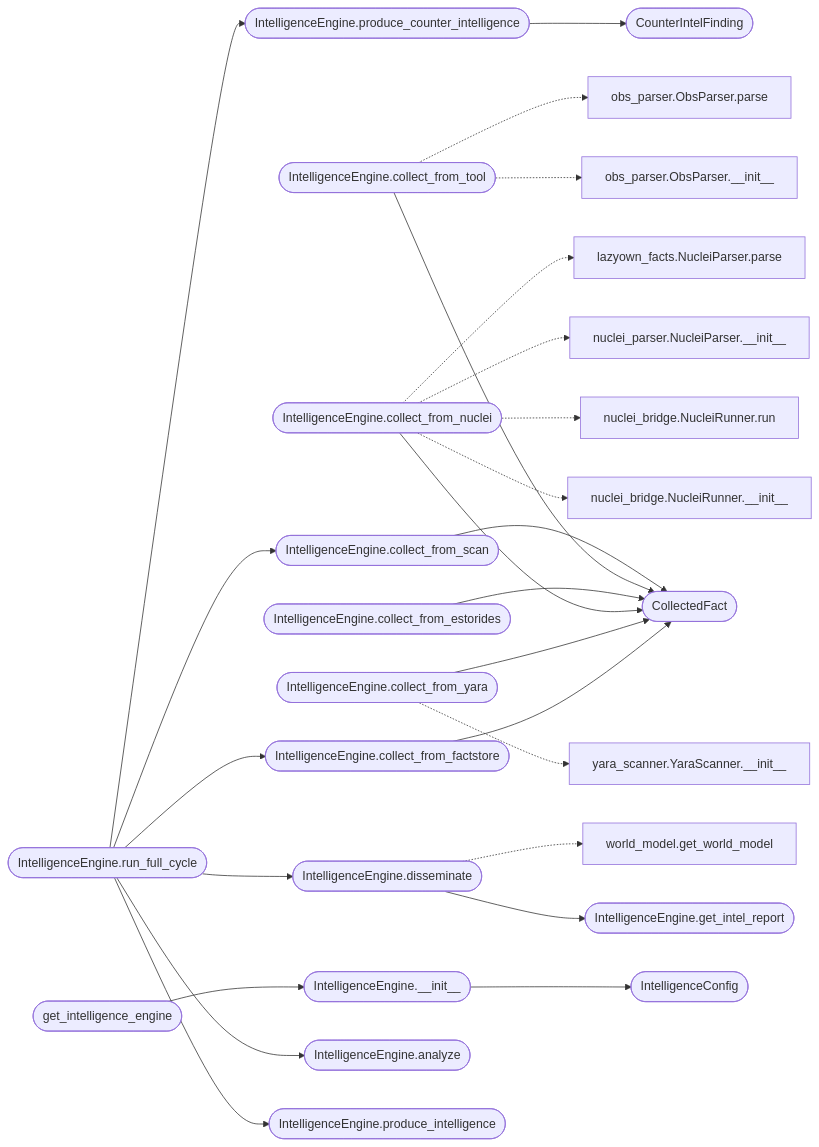
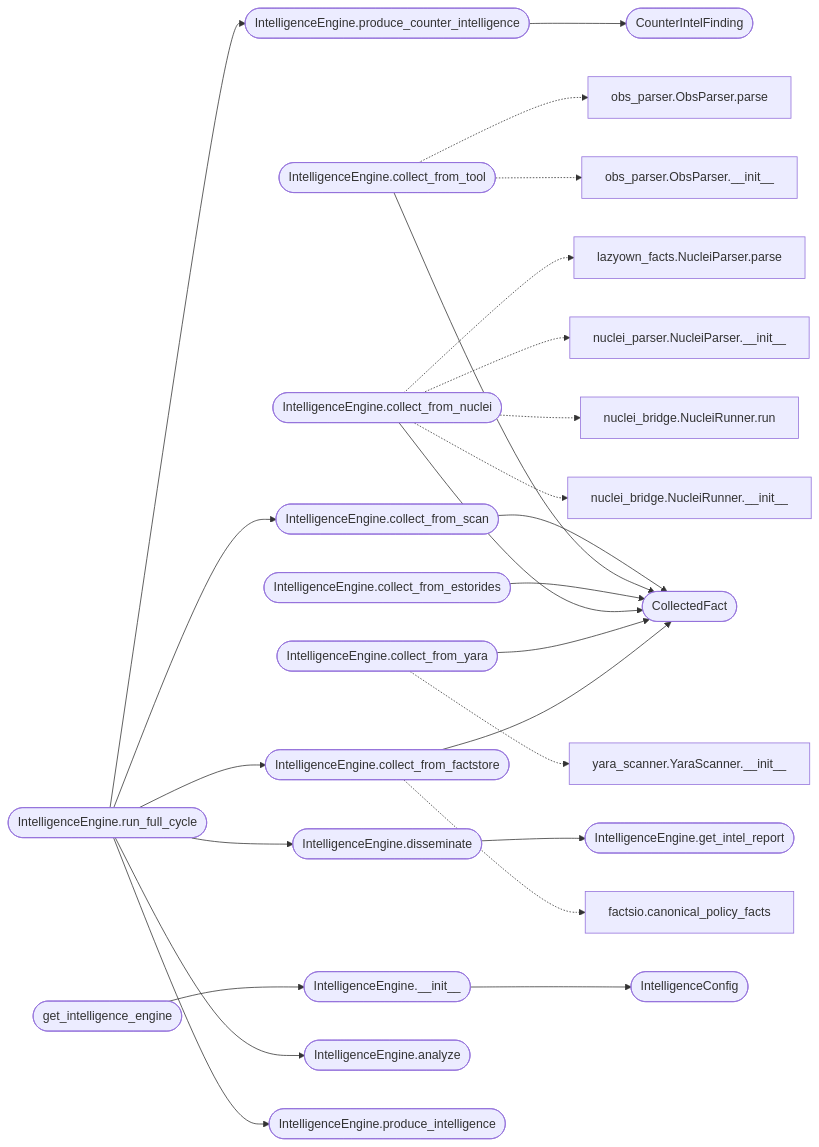
Before and after one commit to grisuno/LazyOwn: the second of 2 diagrams in readmenator-apidocs/modules/modules.intelligence_engine.py.md, drawn with Mermaid. The commit also changed other lines of this file and 496 other files, not shown here.

First line of the commit message:
test: A mediator architecture is implemented with a safety harness inspired by Apollo 11.

````diff
--- a/readmenator-apidocs/modules/modules.intelligence_engine.py.md
+++ b/readmenator-apidocs/modules/modules.intelligence_engine.py.md
@@ -110,52 +110,52 @@
 ```mermaid
 flowchart LR
     n_modules_intelligence_engine_py__IntelligenceEngine___init__(["IntelligenceEngine.__init__"])
     n_modules_intelligence_engine_py__IntelligenceConfig(["IntelligenceConfig"])
     n_modules_intelligence_engine_py__IntelligenceEngine_collect_from_scan(["IntelligenceEngine.collect_from_scan"])
     n_modules_intelligence_engine_py__CollectedFact(["CollectedFact"])
     n_modules_intelligence_engine_py__IntelligenceEngine_collect_from_tool(["IntelligenceEngine.collect_from_tool"])
     n_modules_intelligence_engine_py__IntelligenceEngine_collect_from_estorides(["IntelligenceEngine.collect_from_estorides"])
     n_modules_intelligence_engine_py__IntelligenceEngine_collect_from_nuclei(["IntelligenceEngine.collect_from_nuclei"])
     n_modules_intelligence_engine_py__IntelligenceEngine_collect_from_yara(["IntelligenceEngine.collect_from_yara"])
     n_modules_intelligence_engine_py__IntelligenceEngine_collect_from_factstore(["IntelligenceEngine.collect_from_factstore"])
     n_modules_intelligence_engine_py__IntelligenceEngine_produce_counter_intelligence(["IntelligenceEngine.produce_counter_intelligence"])
     n_modules_intelligence_engine_py__CounterIntelFinding(["CounterIntelFinding"])
     n_modules_intelligence_engine_py__IntelligenceEngine_disseminate(["IntelligenceEngine.disseminate"])
     n_modules_intelligence_engine_py__IntelligenceEngine_get_intel_report(["IntelligenceEngine.get_intel_report"])
     n_modules_intelligence_engine_py__IntelligenceEngine_run_full_cycle(["IntelligenceEngine.run_full_cycle"])
     n_modules_intelligence_engine_py__IntelligenceEngine_analyze(["IntelligenceEngine.analyze"])
     n_modules_intelligence_engine_py__IntelligenceEngine_produce_intelligence(["IntelligenceEngine.produce_intelligence"])
     n_modules_intelligence_engine_py__get_intelligence_engine(["get_intelligence_engine"])
     n_modules_obs_parser_py__ObsParser___init__["obs_parser.ObsParser.__init__"]
     n_modules_obs_parser_py__ObsParser_parse["obs_parser.ObsParser.parse"]
     n_modules_integrations_nuclei_bridge_py__NucleiRunner___init__["nuclei_bridge.NucleiRunner.__init__"]
     n_modules_integrations_nuclei_bridge_py__NucleiRunner_run["nuclei_bridge.NucleiRunner.run"]
     n_modules_integrations_nuclei_parser_py__NucleiParser___init__["nuclei_parser.NucleiParser.__init__"]
     n_skills_lazyown_facts_py__NucleiParser_parse["lazyown_facts.NucleiParser.parse"]
     n_modules_yara_scanner_py__YaraScanner___init__["yara_scanner.YaraScanner.__init__"]
-    n_modules_world_model_py__get_world_model["world_model.get_world_model"]
+    n_modules_factsio_py__canonical_policy_facts["factsio.canonical_policy_facts"]
     n_modules_intelligence_engine_py__IntelligenceEngine___init__ --> n_modules_intelligence_engine_py__IntelligenceConfig
     n_modules_intelligence_engine_py__IntelligenceEngine_collect_from_scan --> n_modules_intelligence_engine_py__CollectedFact
     n_modules_intelligence_engine_py__IntelligenceEngine_collect_from_tool --> n_modules_intelligence_engine_py__CollectedFact
     n_modules_intelligence_engine_py__IntelligenceEngine_collect_from_estorides --> n_modules_intelligence_engine_py__CollectedFact
     n_modules_intelligence_engine_py__IntelligenceEngine_collect_from_nuclei --> n_modules_intelligence_engine_py__CollectedFact
     n_modules_intelligence_engine_py__IntelligenceEngine_collect_from_yara --> n_modules_intelligence_engine_py__CollectedFact
     n_modules_intelligence_engine_py__IntelligenceEngine_collect_from_factstore --> n_modules_intelligence_engine_py__CollectedFact
     n_modules_intelligence_engine_py__IntelligenceEngine_produce_counter_intelligence --> n_modules_intelligence_engine_py__CounterIntelFinding
     n_modules_intelligence_engine_py__IntelligenceEngine_disseminate --> n_modules_intelligence_engine_py__IntelligenceEngine_get_intel_report
     n_modules_intelligence_engine_py__IntelligenceEngine_run_full_cycle --> n_modules_intelligence_engine_py__IntelligenceEngine_analyze
     n_modules_intelligence_engine_py__IntelligenceEngine_run_full_cycle --> n_modules_intelligence_engine_py__IntelligenceEngine_collect_from_factstore
     n_modules_intelligence_engine_py__IntelligenceEngine_run_full_cycle --> n_modules_intelligence_engine_py__IntelligenceEngine_collect_from_scan
     n_modules_intelligence_engine_py__IntelligenceEngine_run_full_cycle --> n_modules_intelligence_engine_py__IntelligenceEngine_disseminate
     n_modules_intelligence_engine_py__IntelligenceEngine_run_full_cycle --> n_modules_intelligence_engine_py__IntelligenceEngine_produce_counter_intelligence
     n_modules_intelligence_engine_py__IntelligenceEngine_run_full_cycle --> n_modules_intelligence_engine_py__IntelligenceEngine_produce_intelligence
     n_modules_intelligence_engine_py__get_intelligence_engine --> n_modules_intelligence_engine_py__IntelligenceEngine___init__
     n_modules_intelligence_engine_py__IntelligenceEngine_collect_from_tool -.-> n_modules_obs_parser_py__ObsParser___init__
     n_modules_intelligence_engine_py__IntelligenceEngine_collect_from_tool -.-> n_modules_obs_parser_py__ObsParser_parse
     n_modules_intelligence_engine_py__IntelligenceEngine_collect_from_nuclei -.-> n_modules_integrations_nuclei_bridge_py__NucleiRunner___init__
     n_modules_intelligence_engine_py__IntelligenceEngine_collect_from_nuclei -.-> n_modules_integrations_nuclei_bridge_py__NucleiRunner_run
     n_modules_intelligence_engine_py__IntelligenceEngine_collect_from_nuclei -.-> n_modules_integrations_nuclei_parser_py__NucleiParser___init__
     n_modules_intelligence_engine_py__IntelligenceEngine_collect_from_nuclei -.-> n_skills_lazyown_facts_py__NucleiParser_parse
     n_modules_intelligence_engine_py__IntelligenceEngine_collect_from_yara -.-> n_modules_yara_scanner_py__YaraScanner___init__
-    n_modules_intelligence_engine_py__IntelligenceEngine_disseminate -.-> n_modules_world_model_py__get_world_model
+    n_modules_intelligence_engine_py__IntelligenceEngine_collect_from_factstore -.-> n_modules_factsio_py__canonical_policy_facts
 ```
````
